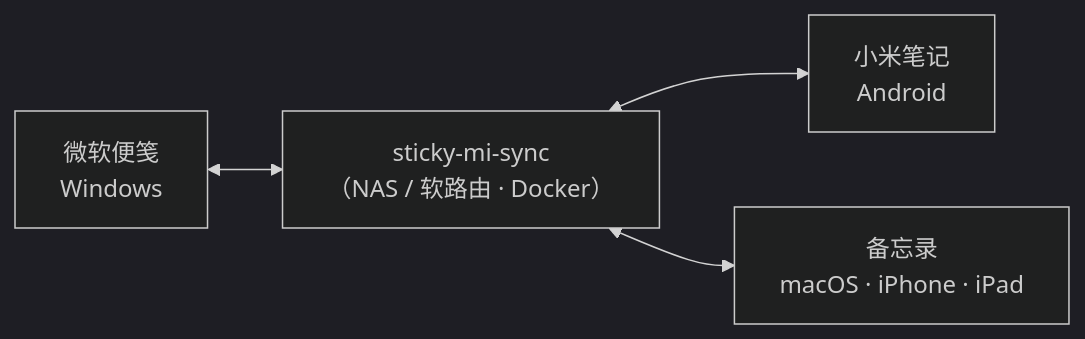
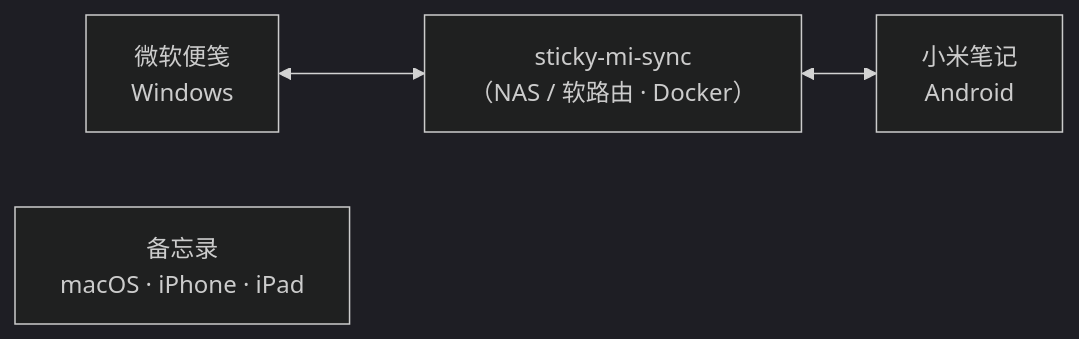
One commit to dxfong/sticky-mi-sync changed the diagram in README.md. Above: the diagram before and after it, drawn with Mermaid (dark theme). The commit also changed other lines of this file, not shown here.

First line of the commit message:
docs: 架构图只连真正同步的两端，「备忘录」单列

````diff
--- a/README.md
+++ b/README.md
@@ -23,11 +23,6 @@
 ```mermaid
 flowchart LR
-    G["微软便笺<br/>Windows"]
-    S["sticky-mi-sync<br/>（NAS / 软路由 · Docker）"]
-    A["小米笔记<br/>Android"]
+    G["微软便笺<br/>Windows"] <--> S["sticky-mi-sync<br/>（NAS / 软路由 · Docker）"]
+    S <--> A["小米笔记<br/>Android"]
     N["备忘录<br/>macOS · iPhone · iPad"]
-
-    G <--> S
-    S <--> A
-    S <--> N
 ```
````
